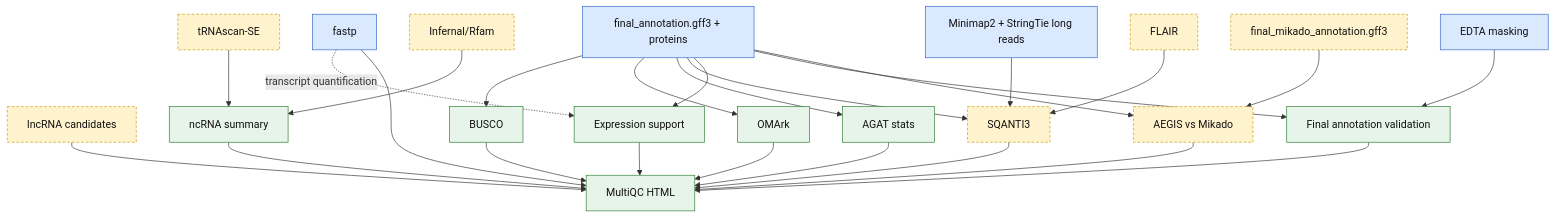
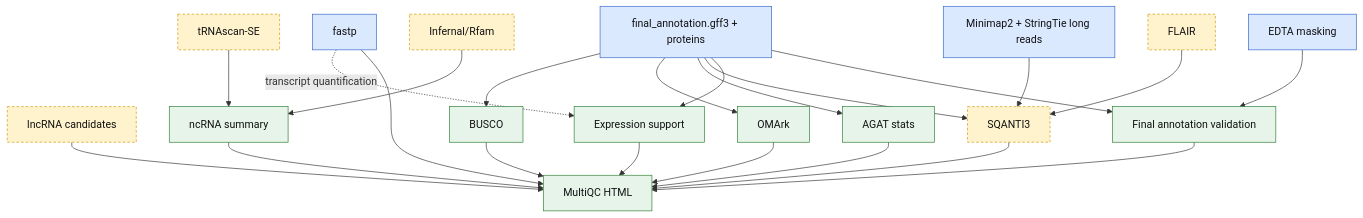
The fourth of 4 diagrams in TITAN/README.md (Grapedia/workflows), drawn with Mermaid before and after one commit. The commit also changed other lines of this file and 9 other files, not shown here.

````diff
--- a/TITAN/README.md
+++ b/TITAN/README.md
@@ -262,35 +277,32 @@
 ```mermaid
 flowchart TD
     classDef core fill:#dbe9ff,stroke:#3366cc,color:#111
     classDef opt fill:#fff3cd,stroke:#cc9900,color:#111,stroke-dasharray:4 3
     classDef qc fill:#e6f4ea,stroke:#2e7d32,color:#111
 
     FASTP[fastp]:::core
     EDTA[EDTA masking]:::core
     FINAL[final_annotation.gff3 + proteins]:::core
     MM2[Minimap2 + StringTie long reads]:::core
 
     TRNA[tRNAscan-SE]:::opt
     RFAM[Infernal/Rfam]:::opt
     FLAIR[FLAIR]:::opt
     LNC[lncRNA candidates]:::opt
-    MIKGFF[final_mikado_annotation.gff3]:::opt
     SQANTI[SQANTI3]:::opt
-    SRCQC[AEGIS vs Mikado]:::opt
 
     BUSCO[BUSCO]:::qc
     OMARK[OMArk]:::qc
     AGAT[AGAT stats]:::qc
     NCRNA[ncRNA summary]:::qc
     EXPR[Expression support]:::qc
     VALID[Final annotation validation]:::qc
     MULTIQC[MultiQC HTML]:::qc
 
     FINAL --> BUSCO & OMARK & AGAT & SQANTI & EXPR
     FASTP -.transcript quantification.-> EXPR
     EDTA & FINAL --> VALID
     TRNA & RFAM --> NCRNA
     MM2 & FLAIR --> SQANTI
-    FINAL & MIKGFF --> SRCQC
-    FASTP & BUSCO & OMARK & AGAT & NCRNA & LNC & SQANTI & EXPR & SRCQC & VALID --> MULTIQC
+    FASTP & BUSCO & OMARK & AGAT & NCRNA & LNC & SQANTI & EXPR & VALID --> MULTIQC
 ```
````
